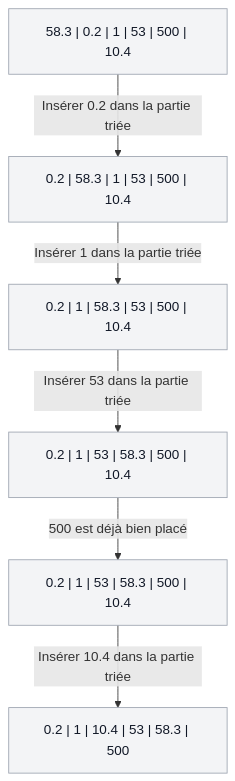
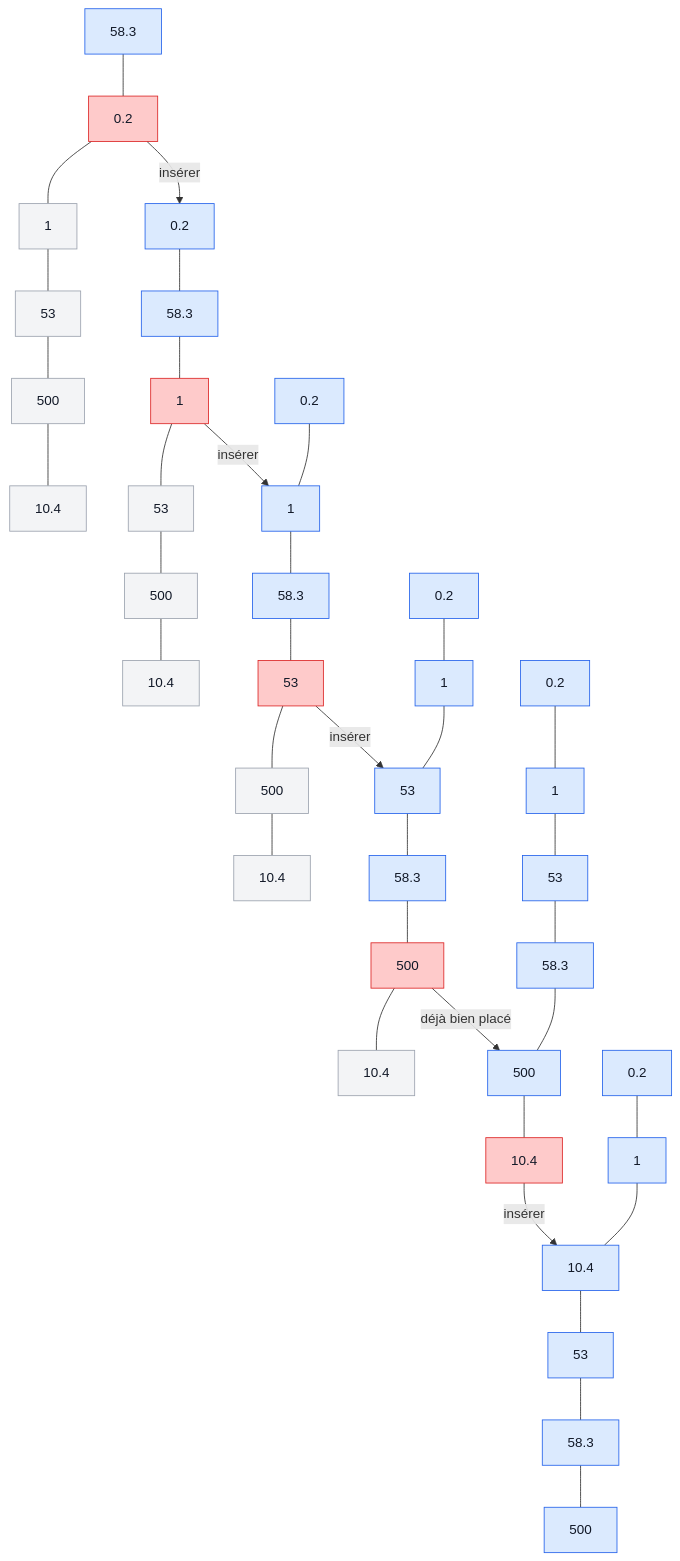
Before and after one commit to Ogust1-off/Informatique: the second of 2 diagrams in cours.md, drawn with Mermaid. The commit also changed other lines of this file, not shown here.

````diff
--- a/cours.md
+++ b/cours.md
@@ -868,18 +888,62 @@
 ```mermaid
-flowchart TD
-    A["58.3 | 0.2 | 1 | 53 | 500 | 10.4"]
-    B["0.2 | 58.3 | 1 | 53 | 500 | 10.4"]
-    C["0.2 | 1 | 58.3 | 53 | 500 | 10.4"]
-    D["0.2 | 1 | 53 | 58.3 | 500 | 10.4"]
-    E["0.2 | 1 | 53 | 58.3 | 500 | 10.4"]
-    F["0.2 | 1 | 10.4 | 53 | 58.3 | 500"]
+flowchart TB
 
-    A -->|"Insérer 0.2 dans la partie triée"| B
-    B -->|"Insérer 1 dans la partie triée"| C
-    C -->|"Insérer 53 dans la partie triée"| D
-    D -->|"500 est déjà bien placé"| E
-    E -->|"Insérer 10.4 dans la partie triée"| F
+    A1["58.3"]:::sorted
+    A2["0.2"]:::selected
+    A3["1"]:::unsorted
+    A4["53"]:::unsorted
+    A5["500"]:::unsorted
+    A6["10.4"]:::unsorted
 
-    classDef step fill:#f3f4f6,stroke:#9ca3af,color:#111827;
-    class A,B,C,D,E,F step;
+    B1["0.2"]:::sorted
+    B2["58.3"]:::sorted
+    B3["1"]:::selected
+    B4["53"]:::unsorted
+    B5["500"]:::unsorted
+    B6["10.4"]:::unsorted
+
+    C1["0.2"]:::sorted
+    C2["1"]:::sorted
+    C3["58.3"]:::sorted
+    C4["53"]:::selected
+    C5["500"]:::unsorted
+    C6["10.4"]:::unsorted
+
+    D1["0.2"]:::sorted
+    D2["1"]:::sorted
+    D3["53"]:::sorted
+    D4["58.3"]:::sorted
+    D5["500"]:::selected
+    D6["10.4"]:::unsorted
+
+    E1["0.2"]:::sorted
+    E2["1"]:::sorted
+    E3["53"]:::sorted
+    E4["58.3"]:::sorted
+    E5["500"]:::sorted
+    E6["10.4"]:::selected
+
+    F1["0.2"]:::sorted
+    F2["1"]:::sorted
+    F3["10.4"]:::sorted
+    F4["53"]:::sorted
+    F5["58.3"]:::sorted
+    F6["500"]:::sorted
+
+    A1 --- A2 --- A3 --- A4 --- A5 --- A6
+    B1 --- B2 --- B3 --- B4 --- B5 --- B6
+    C1 --- C2 --- C3 --- C4 --- C5 --- C6
+    D1 --- D2 --- D3 --- D4 --- D5 --- D6
+    E1 --- E2 --- E3 --- E4 --- E5 --- E6
+    F1 --- F2 --- F3 --- F4 --- F5 --- F6
+
+    A2 -->|"insérer"| B1
+    B3 -->|"insérer"| C2
+    C4 -->|"insérer"| D3
+    D5 -->|"déjà bien placé"| E5
+    E6 -->|"insérer"| F3
+
+    classDef sorted fill:#dbeafe,stroke:#2563eb,color:#111827;
+    classDef selected fill:#fecaca,stroke:#dc2626,color:#111827;
+    classDef unsorted fill:#f3f4f6,stroke:#9ca3af,color:#111827;
 ```
````
